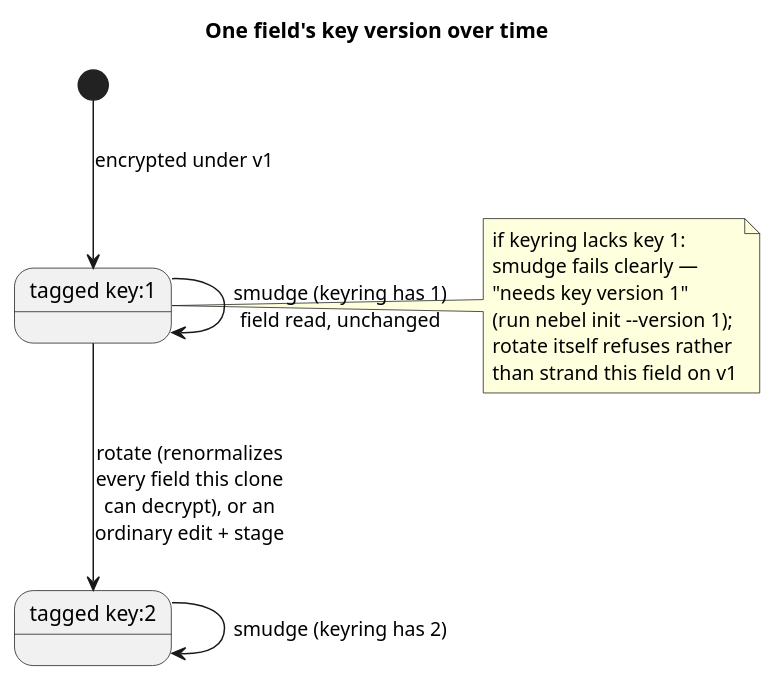
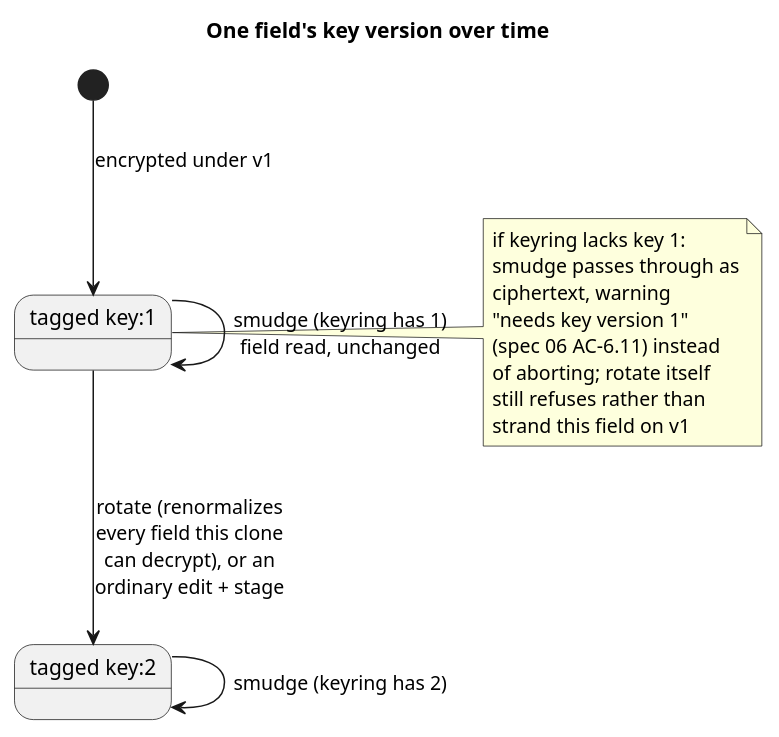
The diagram in specs/11-cli-rotate.md (MuffinUser/NeBEL), drawn with PlantUML before and after one commit. The commit also changed other lines of this file and 16 other files, not shown here.

First line of the commit message:
Let a plain git pull survive a key rotation instead of aborting

````diff
--- a/specs/11-cli-rotate.md
+++ b/specs/11-cli-rotate.md
@@ -16,22 +16,24 @@
 ```plantuml
 @startuml
 title One field's key version over time
 state "tagged key:1" as v1
 state "tagged key:2" as v2
 
 [*] --> v1 : encrypted under v1
 
 v1 --> v1 : smudge (keyring has 1)\nfield read, unchanged
 v1 --> v2 : rotate (renormalizes\nevery field this clone\ncan decrypt), or an\nordinary edit + stage
 v2 --> v2 : smudge (keyring has 2)
 
 note right of v1
   if keyring lacks key 1:
-  smudge fails clearly —
+  smudge passes through as
+  ciphertext, warning
   "needs key version 1"
-  (run nebel init --version 1);
-  rotate itself refuses rather
-  than strand this field on v1
+  (spec 06 AC-6.11) instead
+  of aborting; rotate itself
+  still refuses rather than
+  strand this field on v1
 end note
 @enduml
 ```
````
